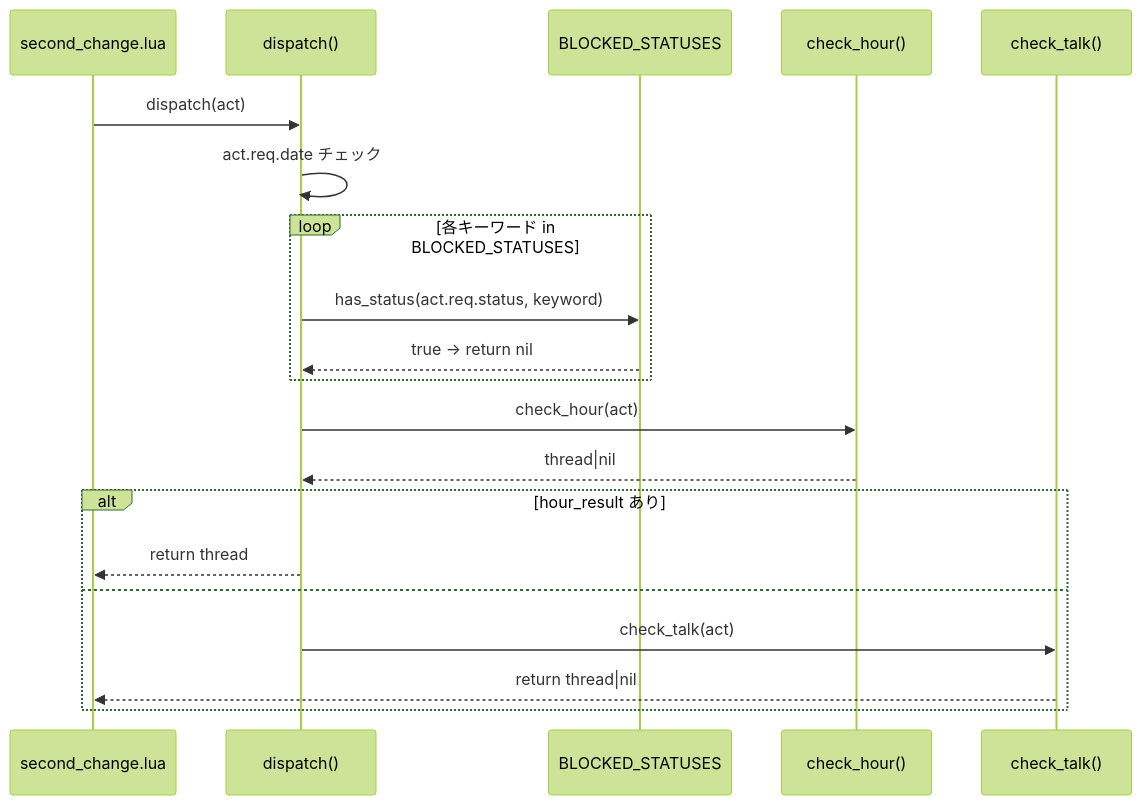
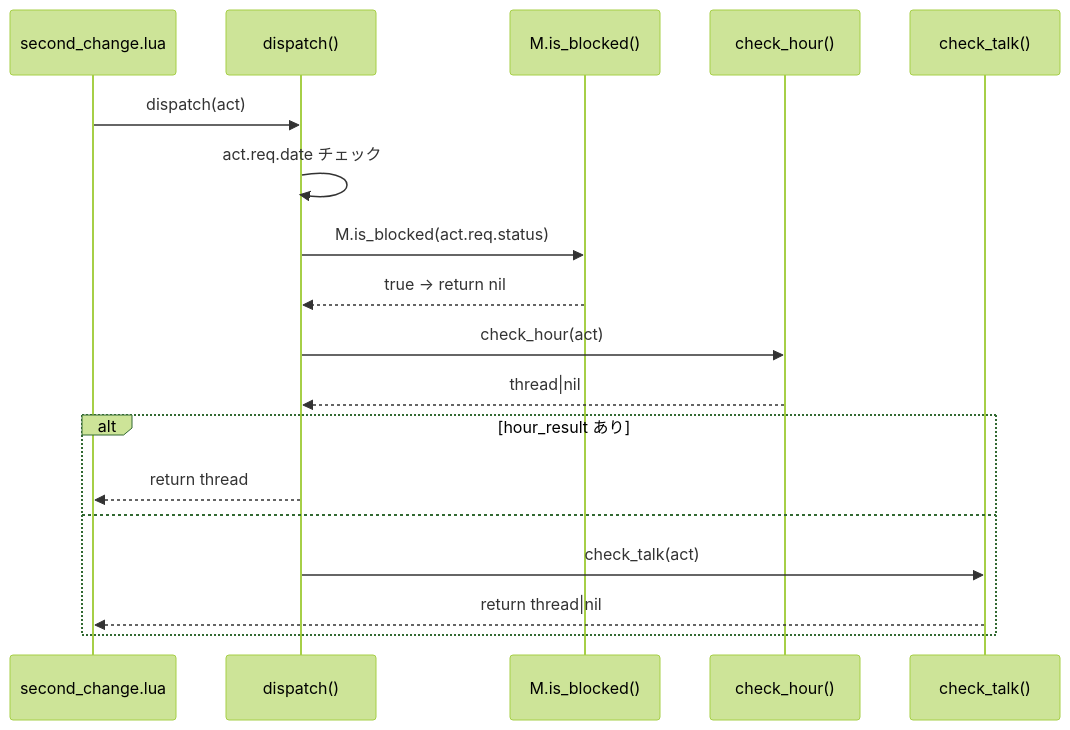
The second of 2 diagrams in .kiro/specs/ontalk-block-condition/design.md (ekicyou/pasta), drawn with Mermaid (forest theme) before and after one commit. The commit also changed other lines of this file and 2 other files, not shown here.

First line of the commit message:
spec(ontalk-block-condition): Req 5 M.is_blocked() 汎用公開API追加

````diff
--- a/.kiro/specs/ontalk-block-condition/design.md
+++ b/.kiro/specs/ontalk-block-condition/design.md
@@ -82,23 +82,21 @@
 ```mermaid
 sequenceDiagram
     participant SC as second_change.lua
     participant D as dispatch()
-    participant BS as BLOCKED_STATUSES
+    participant B as M.is_blocked()
     participant CH as check_hour()
     participant CT as check_talk()
 
     SC->>D: dispatch(act)
     D->>D: act.req.date チェック
-    loop 各キーワード in BLOCKED_STATUSES
-        D->>BS: has_status(act.req.status, keyword)
-        BS-->>D: true → return nil
-    end
+    D->>B: M.is_blocked(act.req.status)
+    B-->>D: true → return nil
     D->>CH: check_hour(act)
     CH-->>D: thread|nil
     alt hour_result あり
         D-->>SC: return thread
     else
         D->>CT: check_talk(act)
         CT-->>SC: return thread|nil
     end
 ```
````
